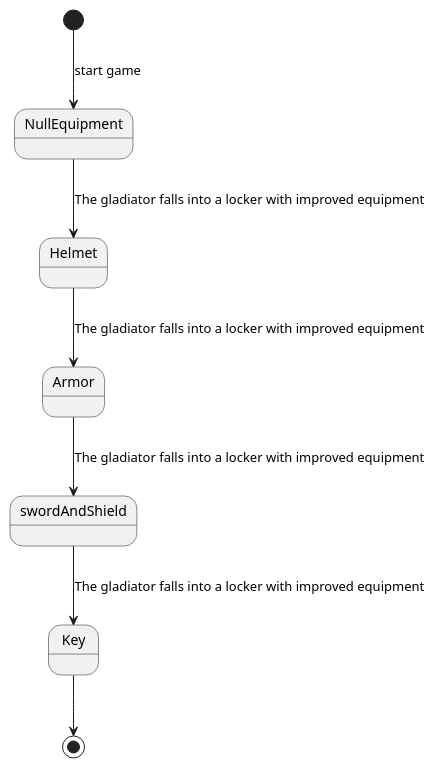
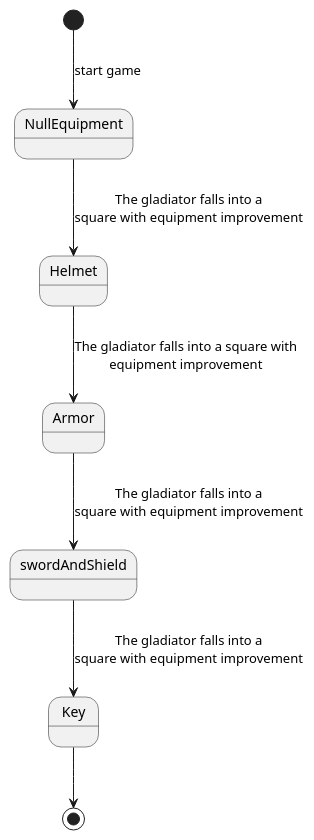
Before and after one commit to PabloGCH/tp2-algo3: the diagram in diagrams/states/equipmentEvolution.plantuml, drawn with PlantUML. The commit also changed 4 other files, not shown here.

Commit message:
multilines in diagrams

```diff
--- a/diagrams/states/equipmentEvolution.plantuml
+++ b/diagrams/states/equipmentEvolution.plantuml
@@ -1,14 +1,14 @@
 @startuml
 
 [*] --> NullEquipment: start game
 
-NullEquipment --> Helmet : The gladiator falls into a locker with improved equipment
+NullEquipment --> Helmet : The gladiator falls into a\nsquare with equipment improvement
 
-Helmet --> Armor: The gladiator falls into a locker with improved equipment
+Helmet --> Armor: The gladiator falls into a square with\nequipment improvement
 
-Armor --> swordAndShield: The gladiator falls into a locker with improved equipment
+Armor --> swordAndShield: The gladiator falls into a\nsquare with equipment improvement
 
-swordAndShield --> Key: The gladiator falls into a locker with improved equipment
+swordAndShield --> Key: The gladiator falls into a\nsquare with equipment improvement
 
 Key --> [*]
 @enduml
```
